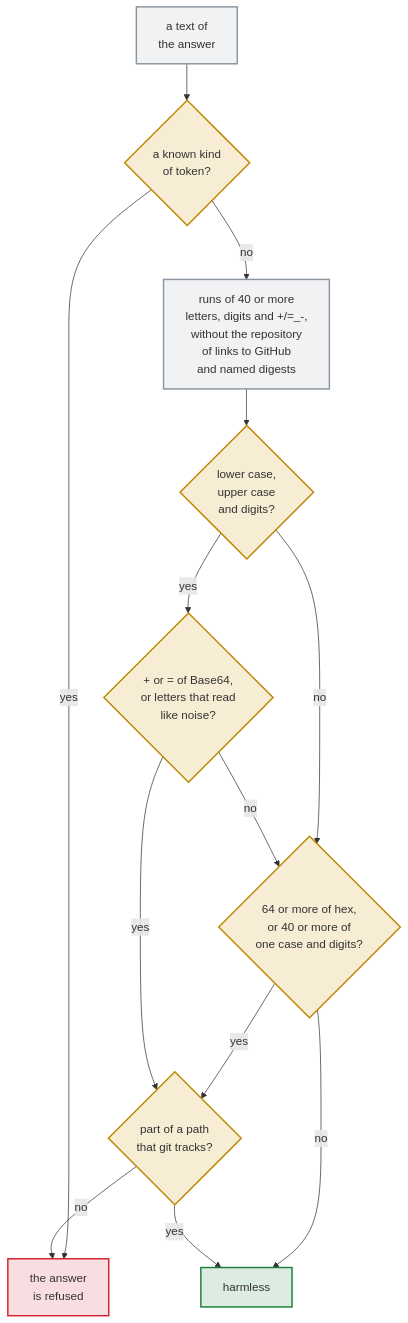
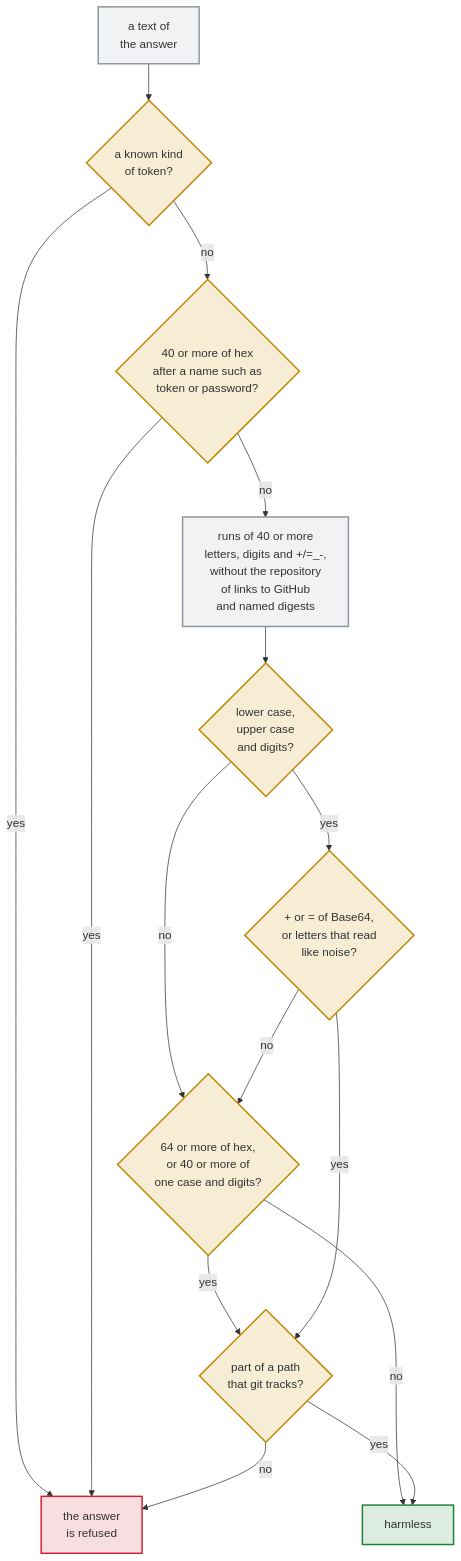
Before and after one commit to Dennis-Otto/issue-assistant: the diagram in docs/diagrams/how-the-apply-job-decides-whether-a-text-of-the-answer-holds-a-secret.mmd, drawn with Mermaid. The commit also changed 7 other files, not shown here.

First line of the commit message:
fix: refuse hex of 40 characters after the name of a credential (#420)

```diff
--- a/docs/diagrams/how-the-apply-job-decides-whether-a-text-of-the-answer-holds-a-secret.mmd
+++ b/docs/diagrams/how-the-apply-job-decides-whether-a-text-of-the-answer-holds-a-secret.mmd
@@ -1,23 +1,25 @@
 flowchart TB
   accTitle: How the apply job decides whether a text of the answer holds a secret
-  accDescr: A known kind of token refuses the answer wherever it is. Any other text is looked at in runs of 40 or more letters, digits and the characters plus, slash, equals sign, underscore and dash, after the owner, the repository and the commit or branch of every link to GitHub are left out, unless the name of the repository or the branch has 32 or more characters, and every digest that names its algorithm, such as sha256:, is left out too. A run with lower case, upper case and digits is a key when it has the plus or equals sign of Base64 or its letters read like noise. Every other run is a key when it holds 64 or more characters of hex, or 40 or more of one case and digits with a letter beyond those of hex. A key is harmless when it is part of the path of a file that git tracks. Any other run is harmless.
+  accDescr: A known kind of token refuses the answer wherever it is, and so do 40 or more characters of hex after a name such as token, secret, password, key or authorization. Any other text is looked at in runs of 40 or more letters, digits and the characters plus, slash, equals sign, underscore and dash, after the owner, the repository and the commit or branch of every link to GitHub are left out, unless the name of the repository or the branch has 32 or more characters, and every digest that names its algorithm, such as sha256:, is left out too. A run with lower case, upper case and digits is a key when it has the plus or equals sign of Base64 or its letters read like noise. Every other run is a key when it holds 64 or more characters of hex, or 40 or more of one case and digits with a letter beyond those of hex. A key is harmless when it is part of the path of a file that git tracks. Any other run is harmless.
   text["a text of<br>the answer"] --> known{"a known kind<br>of token?"}
   known -- "yes" --> refused["the answer<br>is refused"]
-  known -- "no" --> runs["runs of 40 or more<br>letters, digits and +/=_-,<br>without the repository<br>of links to GitHub<br>and named digests"]
+  known -- "no" --> labeled{"40 or more of hex<br>after a name such as<br>token or password?"}
+  labeled -- "yes" --> refused
+  labeled -- "no" --> runs["runs of 40 or more<br>letters, digits and +/=_-,<br>without the repository<br>of links to GitHub<br>and named digests"]
   runs --> mixed{"lower case,<br>upper case<br>and digits?"}
   mixed -- "no" --> single{"64 or more of hex,<br>or 40 or more of<br>one case and digits?"}
   single -- "no" --> harmless["harmless"]
   single -- "yes" --> tracked
   mixed -- "yes" --> random{"+ or = of Base64,<br>or letters that read<br>like noise?"}
   random -- "no" --> single
   random -- "yes" --> tracked{"part of a path<br>that git tracks?"}
   tracked -- "yes" --> harmless
   tracked -- "no" --> refused
   classDef question fill:#d4a72c33,stroke:#bf8700,stroke-width:2px
   classDef job fill:#8c959f1f,stroke:#8c959f,stroke-width:2px
   classDef untrusted fill:#cf222e26,stroke:#cf222e,stroke-width:2px
   classDef safe fill:#1a7f3726,stroke:#1a7f37,stroke-width:2px
-  class known,mixed,single,random,tracked question
+  class known,labeled,mixed,single,random,tracked question
   class text,runs job
   class refused untrusted
   class harmless safe
```
